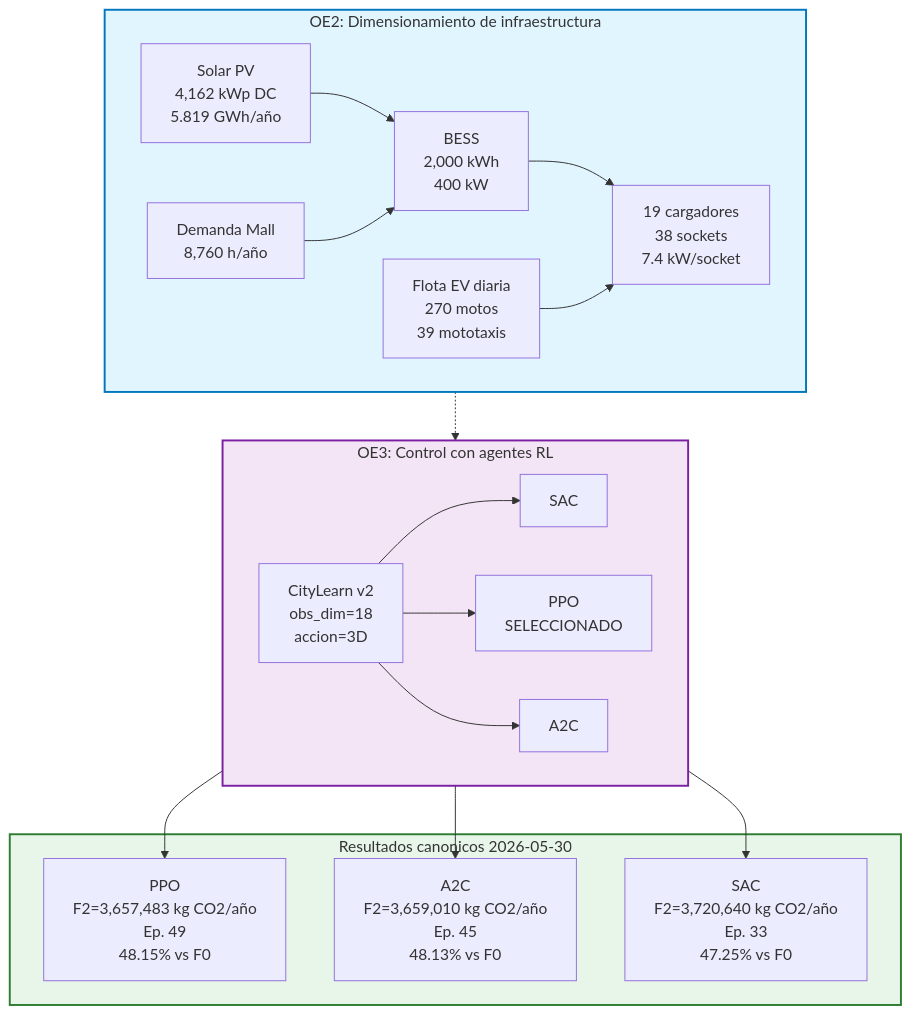
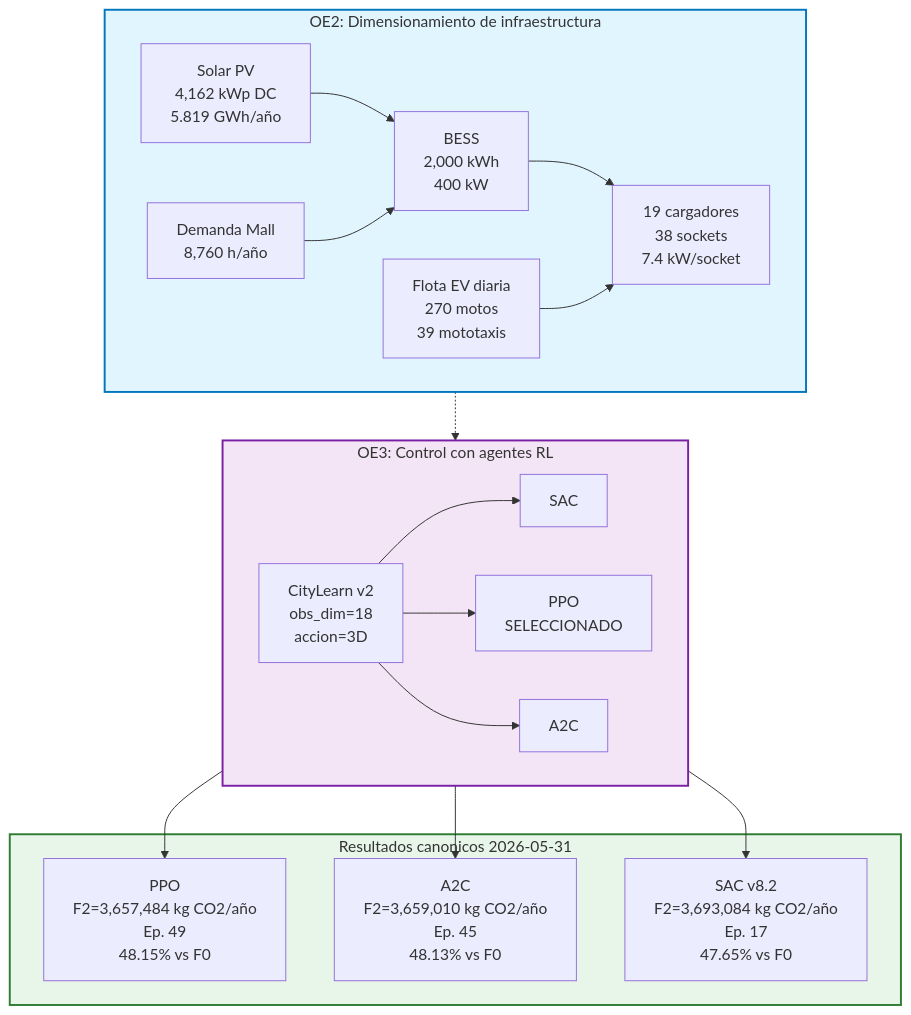
Before and after one commit to Mac-Tapia/dise-opvbesscar: the diagram in reports/01_ARQUITECTURA_PROYECTO.mmd, drawn with Mermaid. The commit also changed 33 other files, not shown here.

```diff
--- a/reports/01_ARQUITECTURA_PROYECTO.mmd
+++ b/reports/01_ARQUITECTURA_PROYECTO.mmd
@@ -1,41 +1,41 @@
 graph TB
     subgraph OE2["OE2: Dimensionamiento de infraestructura"]
         direction LR
         SOL["Solar PV<br/>4,162 kWp DC<br/>5.819 GWh/año"]
         MALL["Demanda Mall<br/>8,760 h/año"]
         BESS["BESS<br/>2,000 kWh<br/>400 kW"]
         CARGADORES["19 cargadores<br/>38 sockets<br/>7.4 kW/socket"]
         EV["Flota EV diaria<br/>270 motos<br/>39 mototaxis"]
 
         SOL --> BESS
         MALL --> BESS
         BESS --> CARGADORES
         EV --> CARGADORES
     end
 
     subgraph OE3["OE3: Control con agentes RL"]
         direction LR
         CL["CityLearn v2<br/>obs_dim=18<br/>accion=3D"]
         SAC["SAC"]
         PPO["PPO<br/>SELECCIONADO"]
         A2C["A2C"]
 
         CL --> SAC
         CL --> PPO
         CL --> A2C
     end
 
-    subgraph RESULTADOS["Resultados canonicos 2026-05-30"]
-        PPO_R["PPO<br/>F2=3,657,483 kg CO2/año<br/>Ep. 49<br/>48.15% vs F0"]
+    subgraph RESULTADOS["Resultados canonicos 2026-05-31"]
+        PPO_R["PPO<br/>F2=3,657,484 kg CO2/año<br/>Ep. 49<br/>48.15% vs F0"]
         A2C_R["A2C<br/>F2=3,659,010 kg CO2/año<br/>Ep. 45<br/>48.13% vs F0"]
-        SAC_R["SAC<br/>F2=3,720,640 kg CO2/año<br/>Ep. 33<br/>47.25% vs F0"]
+        SAC_R["SAC v8.2<br/>F2=3,693,084 kg CO2/año<br/>Ep. 17<br/>47.65% vs F0"]
     end
 
     OE2 -.-> OE3
     PPO --> PPO_R
     A2C --> A2C_R
     SAC --> SAC_R
 
     style OE2 fill:#e1f5ff,stroke:#0277bd,stroke-width:2px
     style OE3 fill:#f3e5f5,stroke:#7b1fa2,stroke-width:2px
     style RESULTADOS fill:#e8f5e9,stroke:#2e7d32,stroke-width:2px
```
